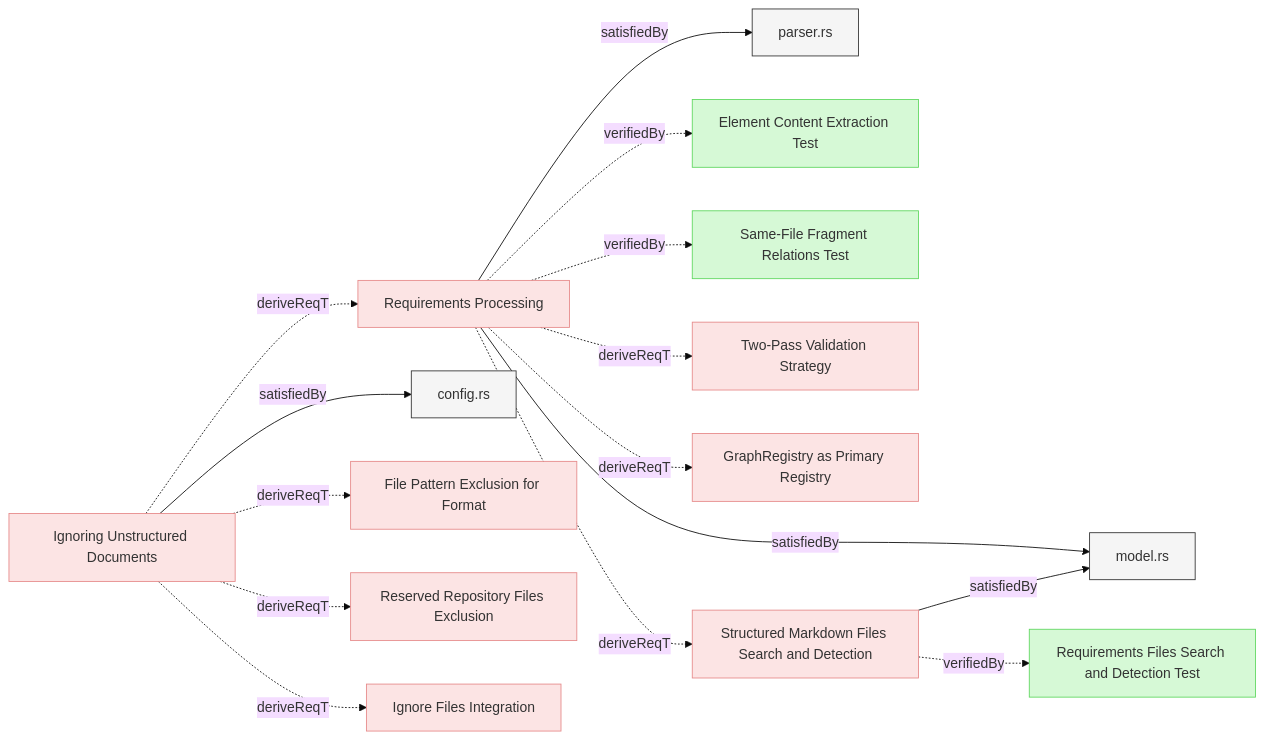
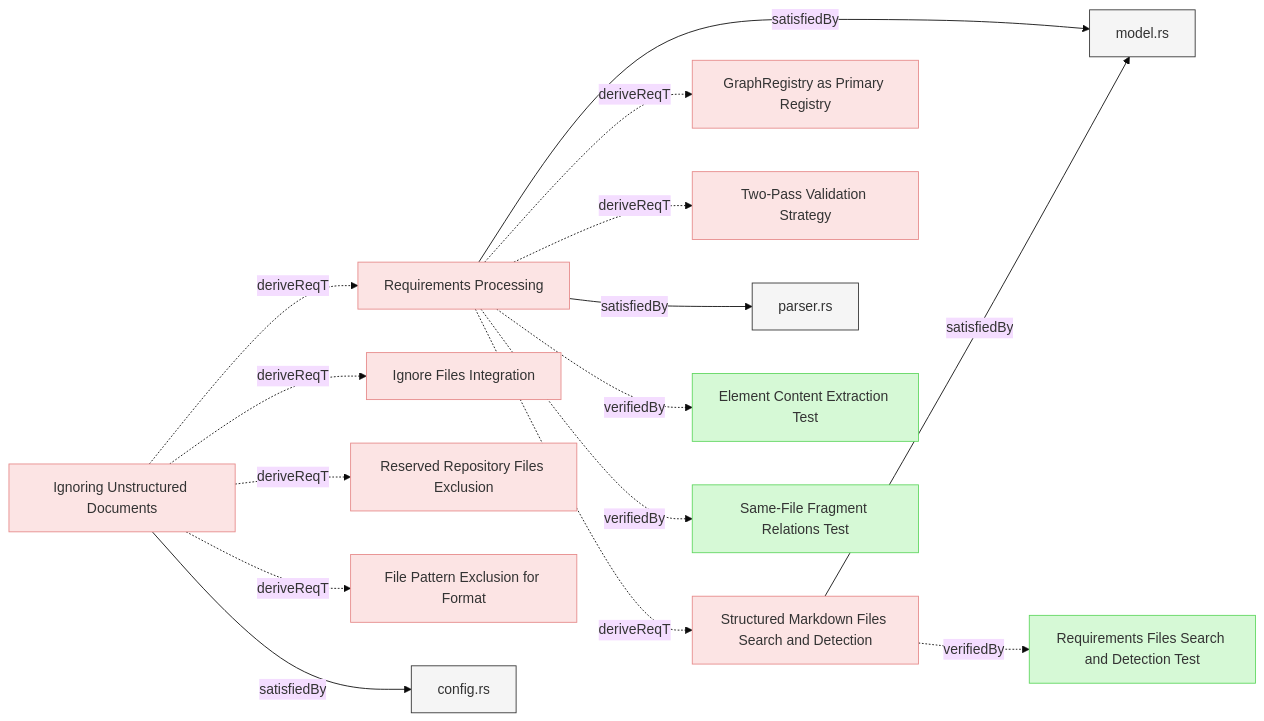
The second of 2 diagrams in specifications/ReqvireTool/Storage/Configuration.md (reqvire-org/reqvire), drawn with Mermaid (base theme) before and after one commit. The commit also changed other lines of this file and 45 other files, not shown here.

````diff
--- a/specifications/ReqvireTool/Storage/Configuration.md
+++ b/specifications/ReqvireTool/Storage/Configuration.md
@@ -145,69 +145,69 @@
 ```mermaid
 graph LR;
   %% REQVIRE-AUTOGENERATED-DIAGRAM
   %% Graph styling
   classDef userRequirement fill:#f9d6d6,stroke:#f55f5f,stroke-width:1px;
   classDef systemRequirement fill:#fce4e4,stroke:#e68a8a,stroke-width:1px;
   classDef verification fill:#d6f9d6,stroke:#5fd75f,stroke-width:1px;
   classDef default fill:#f5f5f5,stroke:#333333,stroke-width:1px;
 
   45f9231a94c04f4e["Requirements Processing"];
   class 45f9231a94c04f4e systemRequirement;
   click 45f9231a94c04f4e "Configuration.md#requirements-processing";
+  8e563a19dae4183b["Structured Markdown Files Search and Detection"];
+  class 8e563a19dae4183b systemRequirement;
+  click 8e563a19dae4183b "Configuration.md#structured-markdown-files-search-and-detection";
+  45f9231a94c04f4e -.->|deriveReqT| 8e563a19dae4183b;
+  e1d08514a32ae308["GraphRegistry as Primary Registry"];
+  class e1d08514a32ae308 systemRequirement;
+  click e1d08514a32ae308 "../ValidationAndReporting/Validation.md#graphregistry-as-primary-registry";
+  45f9231a94c04f4e -.->|deriveReqT| e1d08514a32ae308;
+  6f1d7610c2419511["Two-Pass Validation Strategy"];
+  class 6f1d7610c2419511 systemRequirement;
+  click 6f1d7610c2419511 "../ValidationAndReporting/Validation.md#two-pass-validation-strategy";
+  45f9231a94c04f4e -.->|deriveReqT| 6f1d7610c2419511;
   d50a859650933e55["model.rs"];
   class d50a859650933e55 default;
   click d50a859650933e55 "../../../core/src/model.rs";
   45f9231a94c04f4e -->|satisfiedBy| d50a859650933e55;
   f22d93285fcd7664["parser.rs"];
   class f22d93285fcd7664 default;
   click f22d93285fcd7664 "../../../core/src/parser.rs";
   45f9231a94c04f4e -->|satisfiedBy| f22d93285fcd7664;
   a4090fe7e30eeae4["Element Content Extraction Test"];
   class a4090fe7e30eeae4 verification;
   click a4090fe7e30eeae4 "../../Verifications/ChangeImpactTests.md#element-content-extraction-test";
   45f9231a94c04f4e -.->|verifiedBy| a4090fe7e30eeae4;
   6ca2ff1567644e78["Same-File Fragment Relations Test"];
   class 6ca2ff1567644e78 verification;
   click 6ca2ff1567644e78 "../../Verifications/ValidationTests.md#same-file-fragment-relations-test";
   45f9231a94c04f4e -.->|verifiedBy| 6ca2ff1567644e78;
-  6f1d7610c2419511["Two-Pass Validation Strategy"];
-  class 6f1d7610c2419511 systemRequirement;
-  click 6f1d7610c2419511 "../ValidationAndReporting/Validation.md#two-pass-validation-strategy";
-  45f9231a94c04f4e -.->|deriveReqT| 6f1d7610c2419511;
-  e1d08514a32ae308["GraphRegistry as Primary Registry"];
-  class e1d08514a32ae308 systemRequirement;
-  click e1d08514a32ae308 "../ValidationAndReporting/Validation.md#graphregistry-as-primary-registry";
-  45f9231a94c04f4e -.->|deriveReqT| e1d08514a32ae308;
-  8e563a19dae4183b["Structured Markdown Files Search and Detection"];
-  class 8e563a19dae4183b systemRequirement;
-  click 8e563a19dae4183b "Configuration.md#structured-markdown-files-search-and-detection";
-  45f9231a94c04f4e -.->|deriveReqT| 8e563a19dae4183b;
   d50a859650933e55["model.rs"];
   class d50a859650933e55 default;
   click d50a859650933e55 "../../../core/src/model.rs";
   8e563a19dae4183b -->|satisfiedBy| d50a859650933e55;
   184bc01c18f5506f["Requirements Files Search and Detection Test"];
   class 184bc01c18f5506f verification;
   click 184bc01c18f5506f "../../Verifications/ValidationTests.md#requirements-files-search-and-detection-test";
   8e563a19dae4183b -.->|verifiedBy| 184bc01c18f5506f;
   1fbfcaddda85a6c2["Ignoring Unstructured Documents"];
   class 1fbfcaddda85a6c2 systemRequirement;
   click 1fbfcaddda85a6c2 "Configuration.md#ignoring-unstructured-documents";
-  8419dcc77d92b609["config.rs"];
-  class 8419dcc77d92b609 default;
-  click 8419dcc77d92b609 "../../../cli/src/config.rs";
-  1fbfcaddda85a6c2 -->|satisfiedBy| 8419dcc77d92b609;
-  dd454dd5831a33a0["File Pattern Exclusion for Format"];
-  class dd454dd5831a33a0 systemRequirement;
-  click dd454dd5831a33a0 "../ValidationAndReporting/Formatting.md#file-pattern-exclusion-for-format";
-  1fbfcaddda85a6c2 -.->|deriveReqT| dd454dd5831a33a0;
+  767f898924bcaf15["Ignore Files Integration"];
+  class 767f898924bcaf15 systemRequirement;
+  click 767f898924bcaf15 "Configuration.md#ignore-files-integration";
+  1fbfcaddda85a6c2 -.->|deriveReqT| 767f898924bcaf15;
   1fbfcaddda85a6c2 -.->|deriveReqT| 45f9231a94c04f4e;
   3ff9961dd21bf22e["Reserved Repository Files Exclusion"];
   class 3ff9961dd21bf22e systemRequirement;
   click 3ff9961dd21bf22e "Configuration.md#reserved-repository-files-exclusion";
   1fbfcaddda85a6c2 -.->|deriveReqT| 3ff9961dd21bf22e;
-  767f898924bcaf15["Ignore Files Integration"];
-  class 767f898924bcaf15 systemRequirement;
-  click 767f898924bcaf15 "Configuration.md#ignore-files-integration";
-  1fbfcaddda85a6c2 -.->|deriveReqT| 767f898924bcaf15;
+  dd454dd5831a33a0["File Pattern Exclusion for Format"];
+  class dd454dd5831a33a0 systemRequirement;
+  click dd454dd5831a33a0 "../ValidationAndReporting/Formatting.md#file-pattern-exclusion-for-format";
+  1fbfcaddda85a6c2 -.->|deriveReqT| dd454dd5831a33a0;
+  8419dcc77d92b609["config.rs"];
+  class 8419dcc77d92b609 default;
+  click 8419dcc77d92b609 "../../../cli/src/config.rs";
+  1fbfcaddda85a6c2 -->|satisfiedBy| 8419dcc77d92b609;
 ```
````
